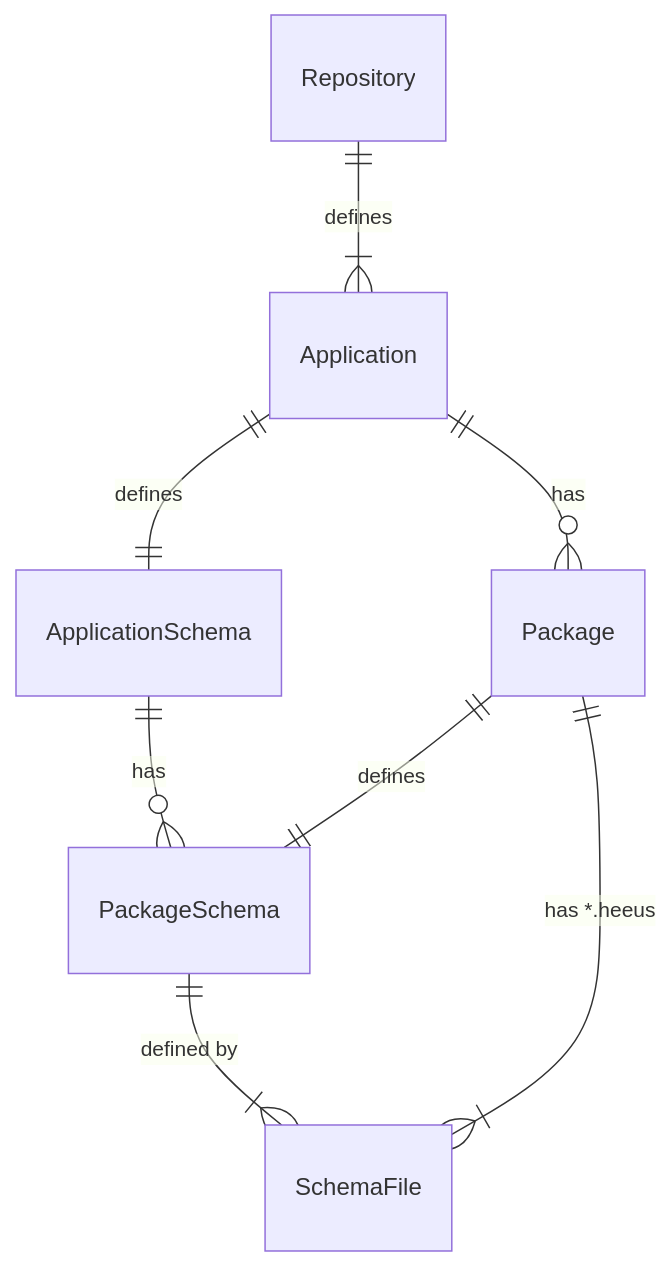
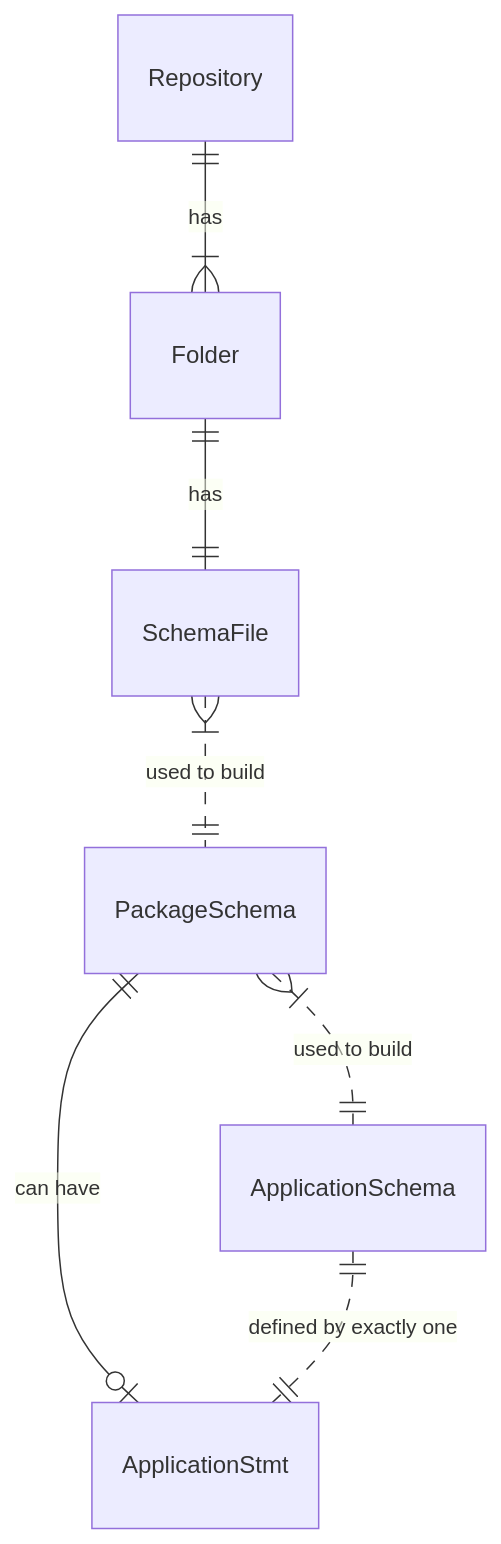
Before and after one commit to voedger/voedger: diagram 11 of 13 in design/README.md, drawn with Mermaid. The commit also changed other lines of this file, not shown here.

````diff
--- a/design/README.md
+++ b/design/README.md
@@ -378,10 +378,20 @@
 ```mermaid
-    erDiagram
-    Repository ||--|{ Application: defines
-    Application ||--|| ApplicationSchema: "defines"
-    ApplicationSchema ||--o{ PackageSchema: "has"
-    Application ||--o{ Package: "has"
-    Package ||--|| PackageSchema : "defines"
-    Package ||--|{ SchemaFile : "has *.heeus"
-    PackageSchema ||--|{ SchemaFile: "defined by"
+  erDiagram
+  
+  %% Entities
+
+  Repository
+  Folder
+  PackageSchema 
+  SchemaFile
+  ApplicationSchema
+  ApplicationStmt
+
+  %% Relationships
+  Repository ||--|{ Folder : "has"
+  Folder ||--|| SchemaFile : "has" 
+  SchemaFile |{..|| PackageSchema : "used to build"
+  PackageSchema ||--o| ApplicationStmt : "can have"
+  PackageSchema |{..|| ApplicationSchema : "used to build"
+  ApplicationSchema ||..|| ApplicationStmt : "defined by exactly one"
 ```
````
